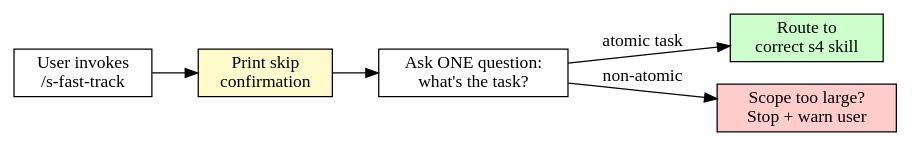
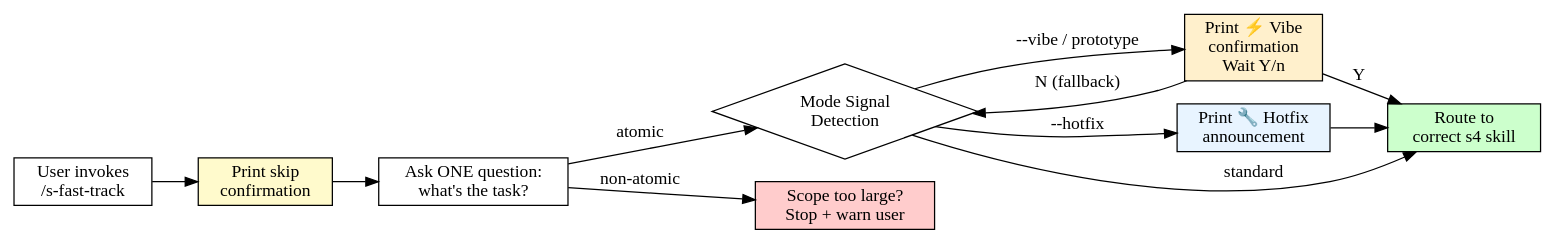
The diagram in skills/s-fast-track/SKILL.md (DemianLi/agentic-sdlc-skills), drawn with Graphviz before and after one commit. The commit also changed other lines of this file and 5 other files, not shown here.

First line of the commit message:
feat(dynamic-damper): add three-mode system to fast-track + downstream skills

````diff
--- a/skills/s-fast-track/SKILL.md
+++ b/skills/s-fast-track/SKILL.md
@@ -105,15 +145,24 @@
 ```dot
 digraph fast_track {
     rankdir=LR;
-    start  [label="User invokes\n/s-fast-track", shape=box];
-    print  [label="Print skip\nconfirmation", shape=box, style=filled, fillcolor="#fffacc"];
-    ask    [label="Ask ONE question:\nwhat's the task?", shape=box];
-    route  [label="Route to\ncorrect s4 skill", shape=box, style=filled, fillcolor="#ccffcc"];
-    scope  [label="Scope too large?\nStop + warn user", shape=box, style=filled, fillcolor="#ffcccc"];
+    start   [label="User invokes\n/s-fast-track", shape=box];
+    print   [label="Print skip\nconfirmation", shape=box, style=filled, fillcolor="#fffacc"];
+    ask     [label="Ask ONE question:\nwhat's the task?", shape=box];
+    detect  [label="Mode Signal\nDetection", shape=diamond];
+    vibe    [label="Print ⚡ Vibe\nconfirmation\nWait Y/n", shape=box, style=filled, fillcolor="#fff0cc"];
+    hotfix  [label="Print 🔧 Hotfix\nannouncement", shape=box, style=filled, fillcolor="#e8f4ff"];
+    route   [label="Route to\ncorrect s4 skill", shape=box, style=filled, fillcolor="#ccffcc"];
+    scope   [label="Scope too large?\nStop + warn user", shape=box, style=filled, fillcolor="#ffcccc"];
 
-    start -> print;
-    print -> ask;
-    ask -> route [label="atomic task"];
-    ask -> scope [label="non-atomic"];
+    start  -> print;
+    print  -> ask;
+    ask    -> scope   [label="non-atomic"];
+    ask    -> detect  [label="atomic"];
+    detect -> vibe    [label="--vibe / prototype"];
+    detect -> hotfix  [label="--hotfix"];
+    detect -> route   [label="standard"];
+    vibe   -> route   [label="Y"];
+    vibe   -> detect  [label="N (fallback)"];
+    hotfix -> route;
 }
 ```
````
